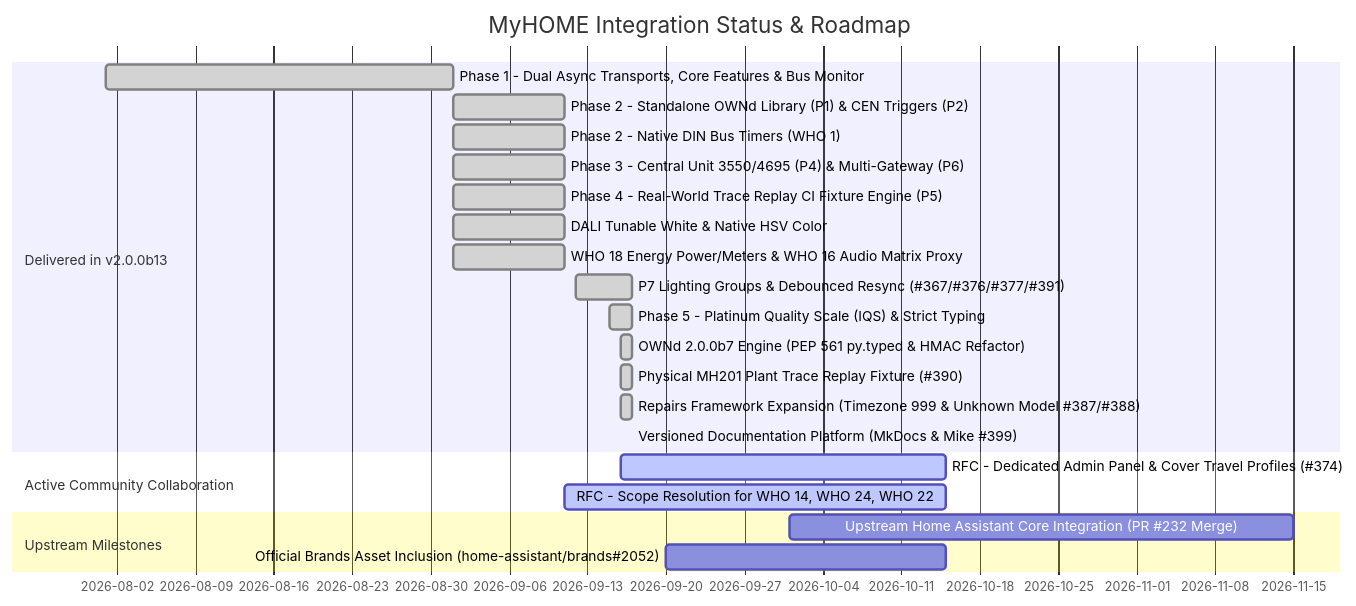
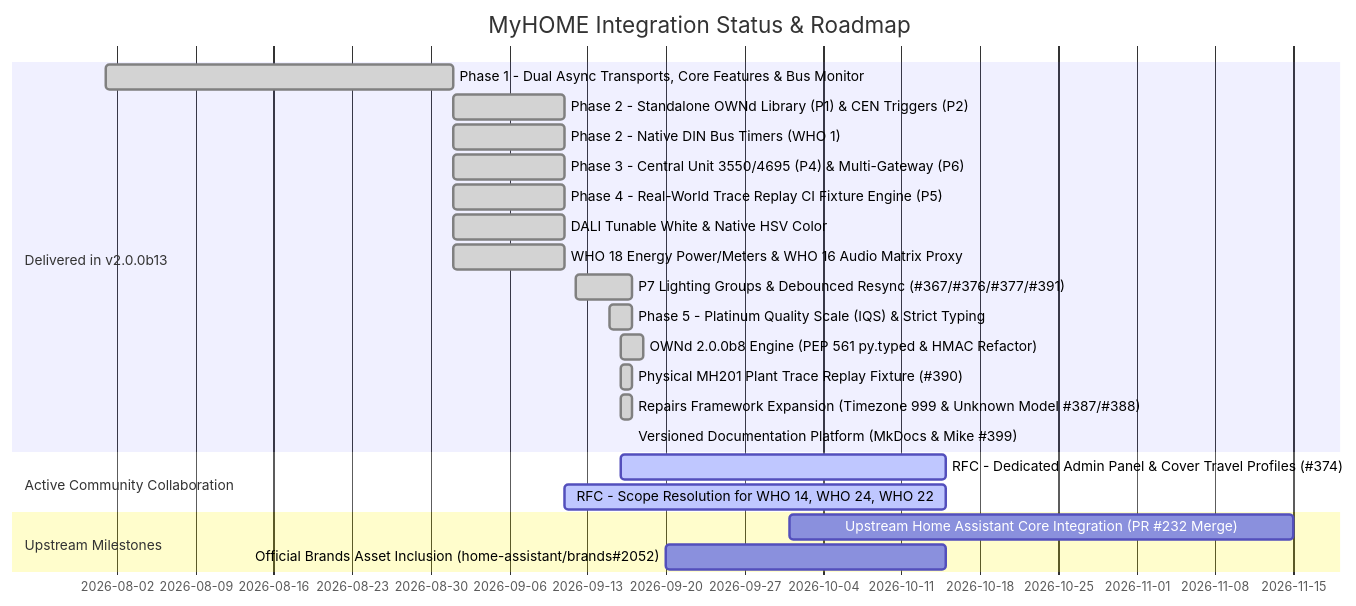
One commit to GreenGrassBlueOcean/MyHOME changed the first of 3 diagrams in ROADMAP.md. Above: the diagram before and after it, drawn with Mermaid. The commit also changed other lines of this file and 1 other file, not shown here.

Commit message:
chore(manifest): pin OWNd to 2.0.0b8 for HMAC refactor (#401)

````diff
--- a/ROADMAP.md
+++ b/ROADMAP.md
@@ -13,25 +13,25 @@
 ```mermaid
 gantt
     title MyHOME Integration Status & Roadmap
     dateFormat  YYYY-MM-DD
     section Delivered in v2.0.0b13
     Phase 1 - Dual Async Transports, Core Features & Bus Monitor    :done, 2026-08-01, 2026-09-01
     Phase 2 - Standalone OWNd Library (P1) & CEN Triggers (P2)      :done, 2026-09-01, 2026-09-11
     Phase 2 - Native DIN Bus Timers (WHO 1)                         :done, 2026-09-01, 2026-09-11
     Phase 3 - Central Unit 3550/4695 (P4) & Multi-Gateway (P6)      :done, 2026-09-01, 2026-09-11
     Phase 4 - Real-World Trace Replay CI Fixture Engine (P5)        :done, 2026-09-01, 2026-09-11
     DALI Tunable White & Native HSV Color                           :done, 2026-09-01, 2026-09-11
     WHO 18 Energy Power/Meters & WHO 16 Audio Matrix Proxy          :done, 2026-09-01, 2026-09-11
     P7 Lighting Groups & Debounced Resync (#367/#376/#377/#391)     :done, 2026-09-12, 2026-09-17
     Phase 5 - Platinum Quality Scale (IQS) & Strict Typing          :done, 2026-09-15, 2026-09-17
-    OWNd 2.0.0b7 Engine (PEP 561 py.typed & HMAC Refactor)          :done, 2026-09-16, 2026-09-17
+    OWNd 2.0.0b8 Engine (PEP 561 py.typed & HMAC Refactor)          :done, 2026-09-16, 2026-09-18
     Physical MH201 Plant Trace Replay Fixture (#390)                :done, 2026-09-16, 2026-09-17
     Repairs Framework Expansion (Timezone 999 & Unknown Model #387/#388) :done, 2026-09-16, 2026-09-17
     Versioned Documentation Platform (MkDocs & Mike #399)           :done, 2026-09-17, 2026-09-17
     section Active Community Collaboration
     RFC - Dedicated Admin Panel & Cover Travel Profiles (#374)      :active, 2026-09-16, 2026-10-15
     RFC - Scope Resolution for WHO 14, WHO 24, WHO 22               :active, 2026-09-11, 2026-10-15
     section Upstream Milestones
     Upstream Home Assistant Core Integration (PR #232 Merge)        :2026-10-01, 2026-11-15
     Official Brands Asset Inclusion (home-assistant/brands#2052)    :2026-09-20, 2026-10-15
 ```
````
